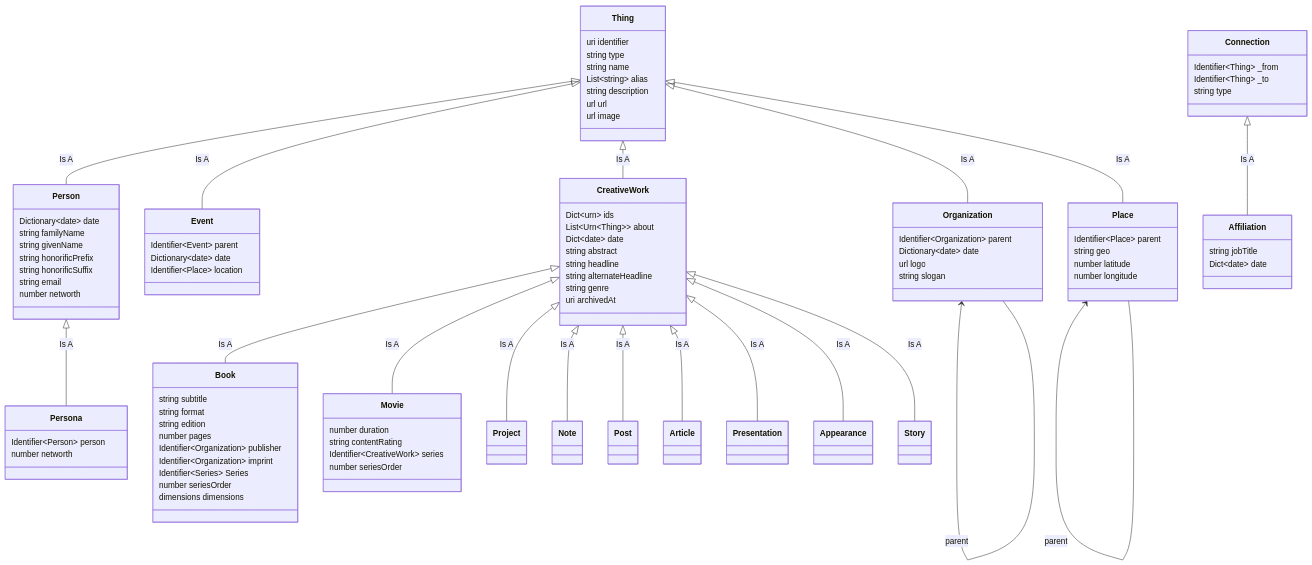
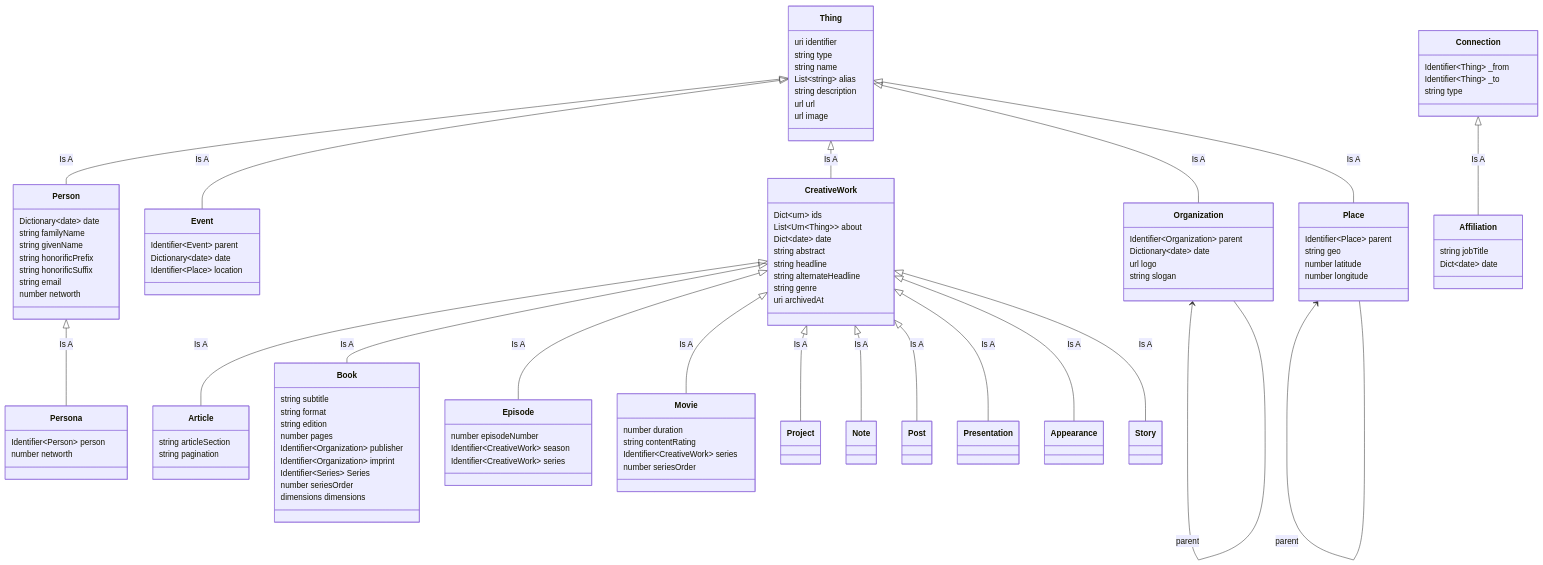
Before and after one commit to eaton/schema: the diagram in README.md, drawn with Mermaid. The commit also changed other lines of this file and 22 other files, not shown here.

```diff
--- a/README.md
+++ b/README.md
@@ -86,6 +87,12 @@
     }
     Thing <|-- CreativeWork : Is A
 
+    class Article {
+        string articleSection
+        string pagination
+    }
+    CreativeWork <|-- Article : Is A
+
     class Book {
         string subtitle
         string format
@@ -98,6 +105,13 @@
         dimensions dimensions
     }
     CreativeWork <|-- Book : Is A
+
+    class Episode {
+        number episodeNumber
+        Identifier~CreativeWork~ season
+        Identifier~CreativeWork~ series
+    }
+    CreativeWork <|-- Episode : Is A
 
     class Movie {
         number duration
@@ -121,11 +135,6 @@
 
     }
     CreativeWork <|-- Post : Is A
-
-    class Article {
-
-    }
-    CreativeWork <|-- Article : Is A
 
     class Presentation {
 
```
